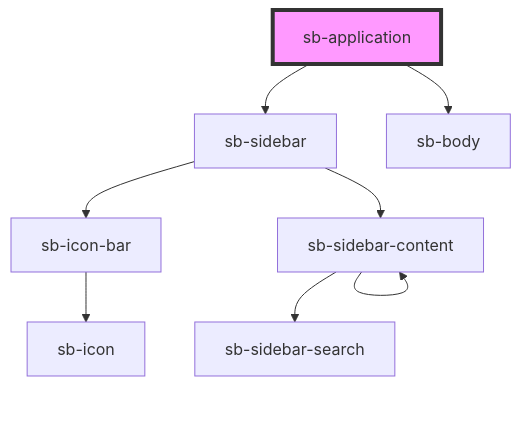
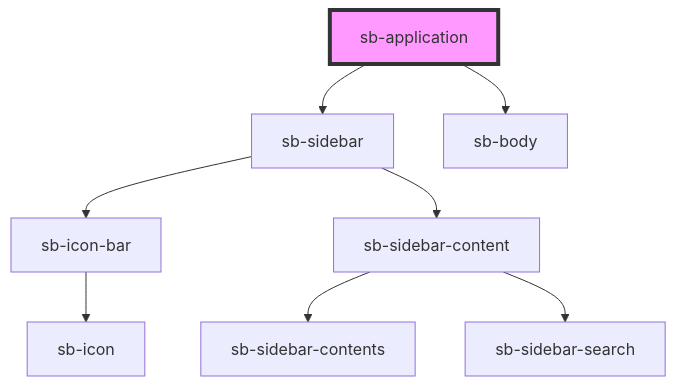
One commit to LawrenceBorst/songwriting-book changed the diagram in songwriting-book/src/components/application/readme.md. Above: the diagram before and after it, drawn with Mermaid. The commit also changed 11 other files, not shown here.

````diff
--- a/songwriting-book/src/components/application/readme.md
+++ b/songwriting-book/src/components/application/readme.md
@@ -20,11 +20,11 @@
 ```mermaid
 graph TD;
   sb-application --> sb-sidebar
   sb-application --> sb-body
   sb-sidebar --> sb-icon-bar
   sb-sidebar --> sb-sidebar-content
   sb-icon-bar --> sb-icon
-  sb-sidebar-content --> sb-sidebar-content
+  sb-sidebar-content --> sb-sidebar-contents
   sb-sidebar-content --> sb-sidebar-search
   style sb-application fill:#f9f,stroke:#333,stroke-width:4px
 ```
````
